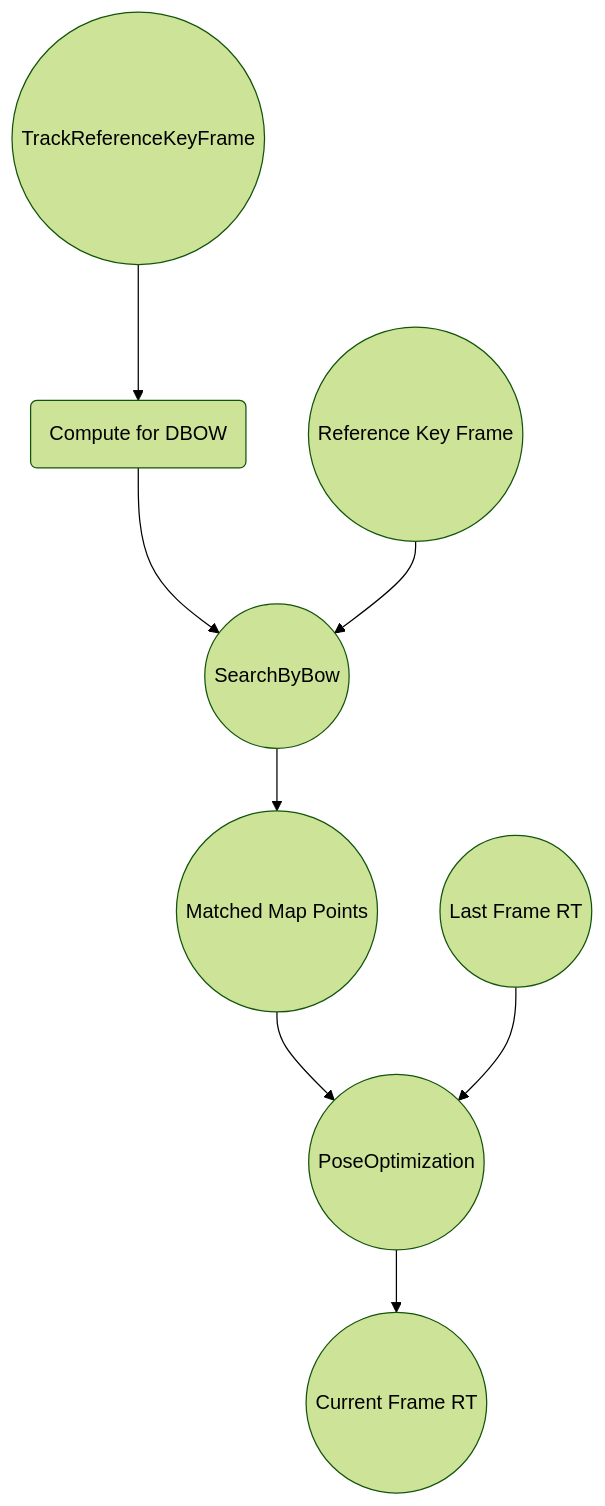
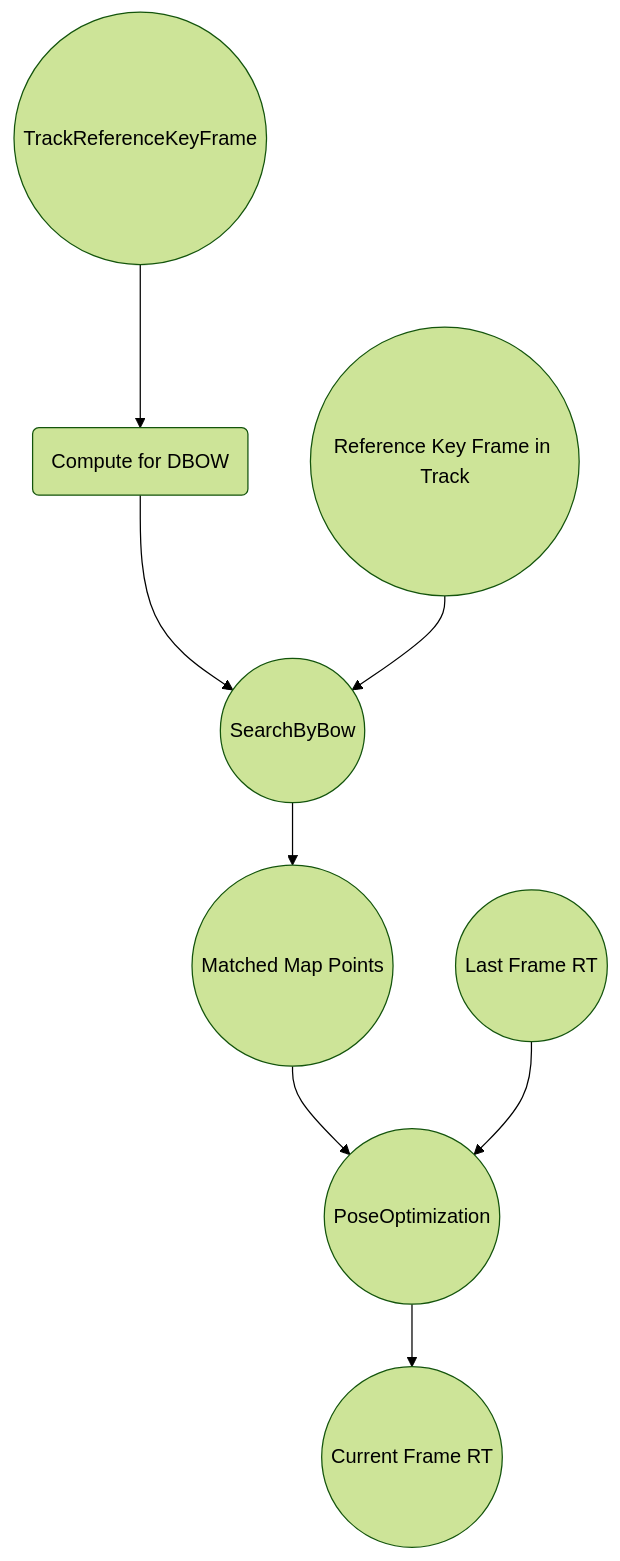
The fifth of 10 diagrams in Track.md (huang-yuefeng/3DComputerVision), drawn with Mermaid (forest theme) before and after one commit. The commit also changed other lines of this file, not shown here.

````diff
--- a/Track.md
+++ b/Track.md
@@ -146,12 +147,12 @@
 ```mermaid
       graph TD
 			TrackReferenceKeyFrame((TrackReferenceKeyFrame)) --> ComputeBow(Compute for DBOW)
 			ComputeBow --> SearchByBow	
 			SearchByBow((SearchByBow)) --> MatchedMapPoints
-			RefKeyFrame((Reference Key Frame)) --> SearchByBow
+			RefKeyFrame((Reference Key Frame in Track)) --> SearchByBow
 			MatchedMapPoints((Matched Map Points)) --> PoseOptimization((PoseOptimization))
 			LastRT((Last Frame RT)) --> PoseOptimization
 			PoseOptimization --> CurrentRT((Current Frame RT))
 			
 			
 ```
````
